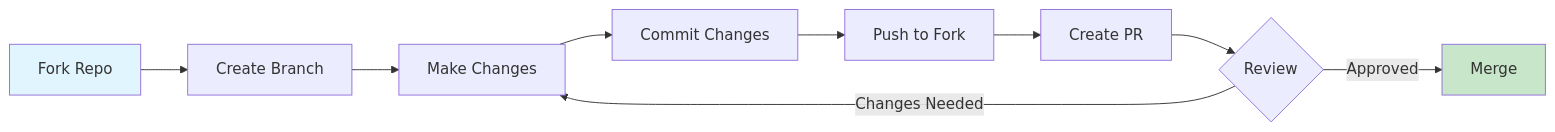
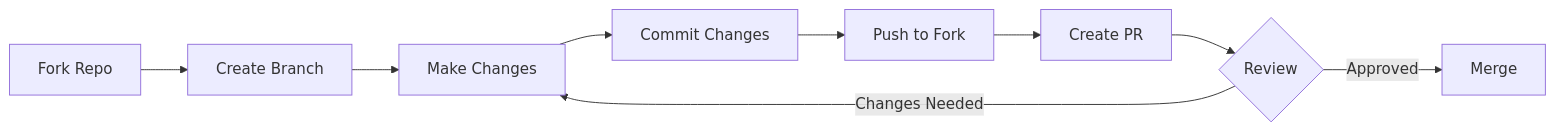
The sixth of 6 diagrams in README.md (Mausam-Backup/Mausam06), drawn with Mermaid before and after one commit. The commit also changed other lines of this file, not shown here.

````diff
--- a/README.md
+++ b/README.md
@@ -498,14 +474,11 @@
 ```mermaid
 flowchart LR
     A[Fork Repo] --> B[Create Branch]
     B --> C[Make Changes]
     C --> D[Commit Changes]
     D --> E[Push to Fork]
     E --> F[Create PR]
     F --> G{Review}
     G -->|Approved| H[Merge]
     G -->|Changes Needed| C
-
-    style A fill:#e1f5ff
-    style H fill:#c8e6c9
 ```
````
